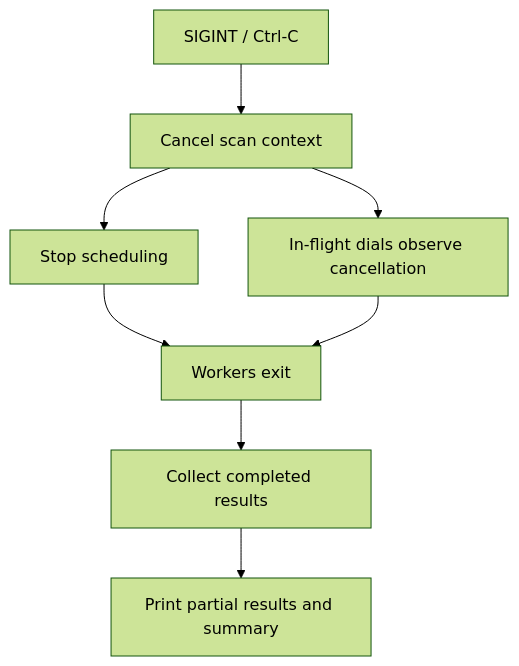
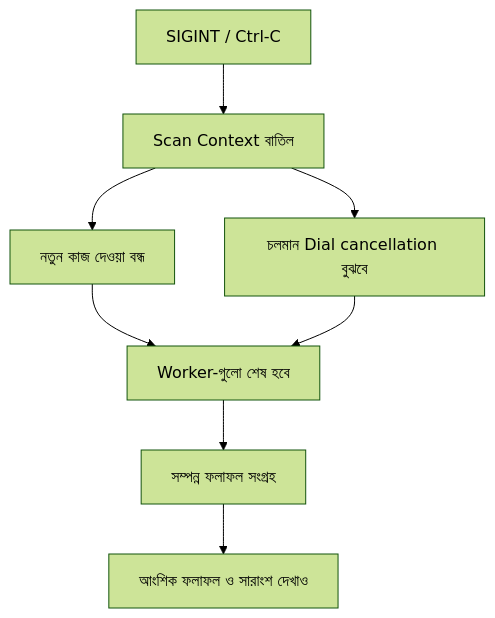
One commit to shomi-khan/red-blue-lab changed the fifth of 5 diagrams in chapters/03-whos-listening/README.md. Above: the diagram before and after it, drawn with Mermaid (forest theme). The commit also changed other lines of this file, not shown here.

Commit message:
docs: clarify Chapter 03 exit codes and Bengali labels

````diff
--- a/chapters/03-whos-listening/README.md
+++ b/chapters/03-whos-listening/README.md
@@ -278,10 +278,10 @@
 ```mermaid
 flowchart TD
-    S["SIGINT / Ctrl-C"] --> C["Cancel scan context"]
-    C --> Q["Stop scheduling"]
-    C --> D["In-flight dials observe cancellation"]
-    Q --> W["Workers exit"]
+    S["SIGINT / Ctrl-C"] --> C["Scan Context বাতিল"]
+    C --> Q["নতুন কাজ দেওয়া বন্ধ"]
+    C --> D["চলমান Dial cancellation বুঝবে"]
+    Q --> W["Worker-গুলো শেষ হবে"]
     D --> W
-    W --> R["Collect completed results"]
-    R --> O["Print partial results and summary"]
+    W --> R["সম্পন্ন ফলাফল সংগ্রহ"]
+    R --> O["আংশিক ফলাফল ও সারাংশ দেখাও"]
 ```
````
